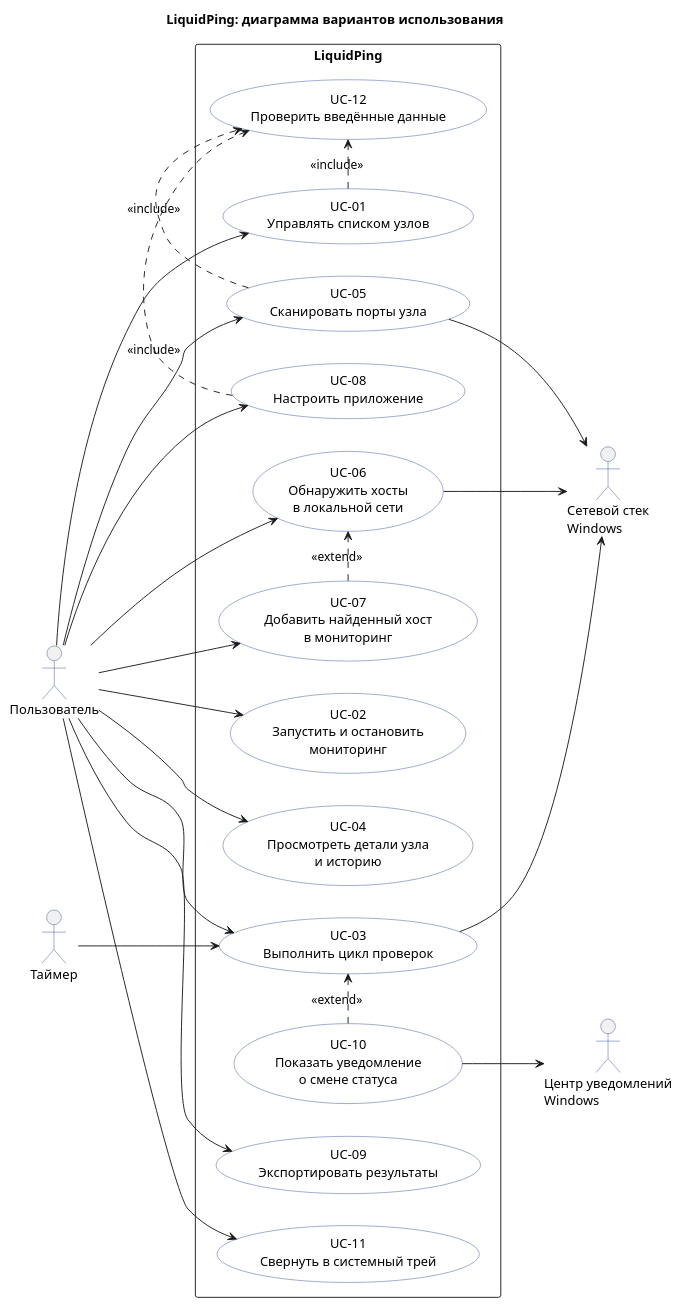
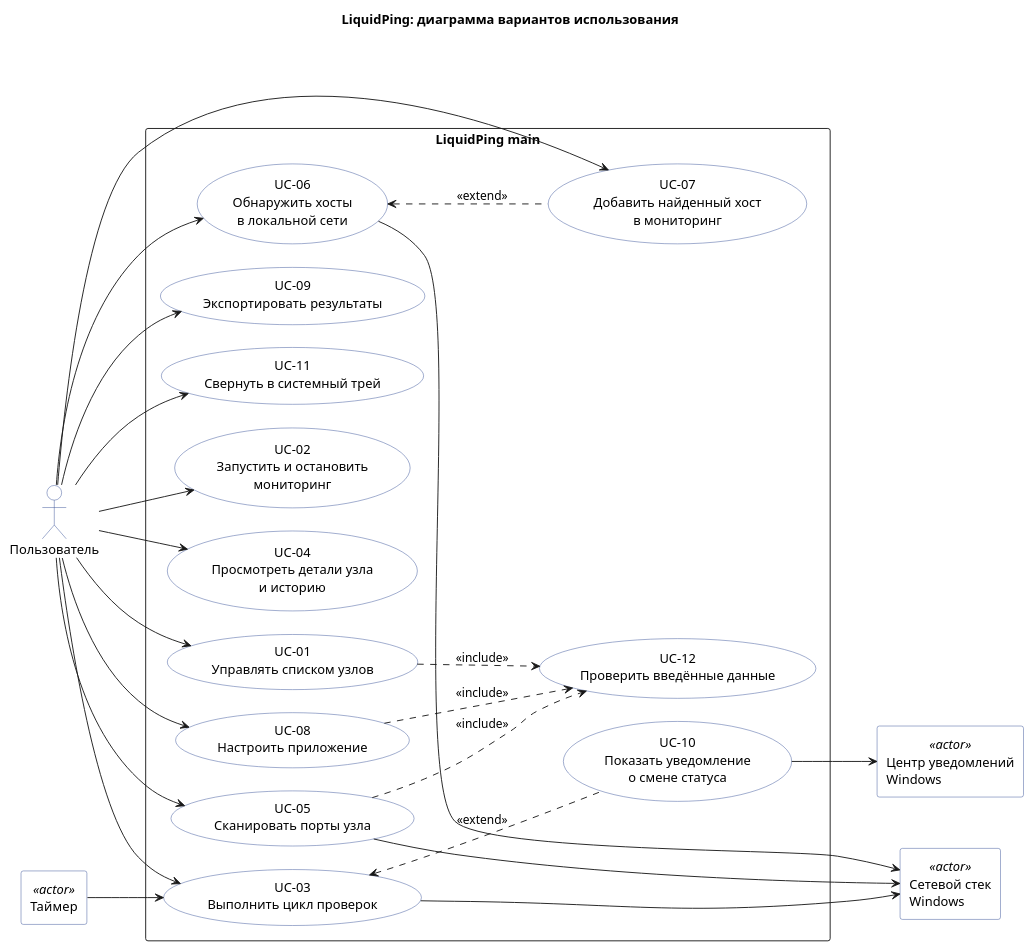
Before and after one commit to Levandovskii/liquid-ping: the diagram in docs/uml/src/usecase-overview.puml, drawn with PlantUML. The commit also changed 10 other files, not shown here.

Commit message:
fix: diagrams revision

```diff
--- a/docs/uml/src/usecase-overview.puml
+++ b/docs/uml/src/usecase-overview.puml
@@ -1,56 +1,73 @@
 @startuml
 left to right direction
 skinparam shadowing false
 skinparam packageStyle rectangle
+skinparam actorStyle stickman
+skinparam nodesep 25
+skinparam ranksep 65
+
 skinparam usecase {
     BackgroundColor #FFFFFF
     BorderColor #334E96
 }
+
 skinparam actor {
+    BackgroundColor #FFFFFF
     BorderColor #334E96
 }
+
+skinparam rectangle<<actor>> {
+    BackgroundColor #FFFFFF
+    BorderColor #334E96
+}
+
 title LiquidPing: диаграмма вариантов использования
 
 actor "Пользователь" as User
-actor "Таймер" as Timer
-actor "Сетевой стек\nWindows" as Net
-actor "Центр уведомлений\nWindows" as Toast
+rectangle "Таймер" <<actor>> as Timer
 
-rectangle "LiquidPing" {
+rectangle "LiquidPing main" {
+    usecase "UC-09\nЭкспортировать результаты" as UC09
+    usecase "UC-11\nСвернуть в системный трей" as UC11
+    usecase "UC-02\nЗапустить и остановить\nмониторинг" as UC02
+    usecase "UC-04\nПросмотреть детали узла\nи историю" as UC04
+
     usecase "UC-01\nУправлять списком узлов" as UC01
-    usecase "UC-02\nЗапустить и остановить\nмониторинг" as UC02
-    usecase "UC-03\nВыполнить цикл проверок" as UC03
-    usecase "UC-04\nПросмотреть детали узла\nи историю" as UC04
+    usecase "UC-08\nНастроить приложение" as UC08
     usecase "UC-05\nСканировать порты узла" as UC05
+
     usecase "UC-06\nОбнаружить хосты\nв локальной сети" as UC06
     usecase "UC-07\nДобавить найденный хост\nв мониторинг" as UC07
-    usecase "UC-08\nНастроить приложение" as UC08
-    usecase "UC-09\nЭкспортировать результаты" as UC09
+    usecase "UC-03\nВыполнить цикл проверок" as UC03
+
+    usecase "UC-12\nПроверить введённые данные" as UC12
     usecase "UC-10\nПоказать уведомление\nо смене статуса" as UC10
-    usecase "UC-11\nСвернуть в системный трей" as UC11
-    usecase "UC-12\nПроверить введённые данные" as UC12
 }
 
+rectangle "Сетевой стек\nWindows" <<actor>> as Net
+rectangle "Центр уведомлений\nWindows" <<actor>> as Toast
+
+User --> UC09
+User --> UC11
+User --> UC02
+User --> UC04
 User --> UC01
-User --> UC02
-User --> UC03
-User --> UC04
+User --> UC08
 User --> UC05
 User --> UC06
 User --> UC07
-User --> UC08
-User --> UC09
-User --> UC11
+User --> UC03
 Timer --> UC03
 
-UC03 --> Net
-UC05 --> Net
-UC06 --> Net
+UC01 ..> UC12 : <<include>>
+UC08 ..> UC12 : <<include>>
+UC05 ..> UC12 : <<include>>
+
+UC07 .up.> UC06 : <<extend>>
+UC03 <.. UC10 : <<extend>>
+
+UC05 ---> Net
 UC10 --> Toast
-
-UC01 .> UC12 : <<include>>
-UC05 .> UC12 : <<include>>
-UC08 .> UC12 : <<include>>
-UC07 .> UC06 : <<extend>>
-UC10 .> UC03 : <<extend>>
+UC06 ---> Net
+UC03 ---> Net
 @enduml
```
